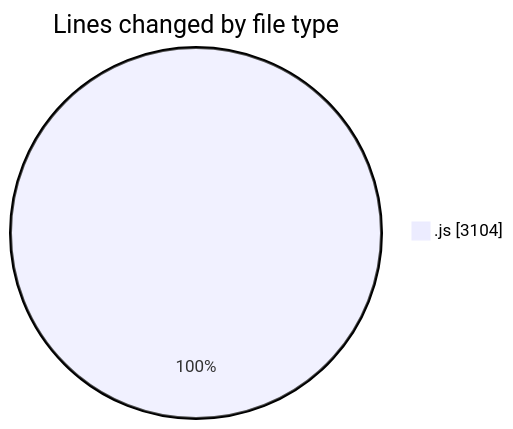
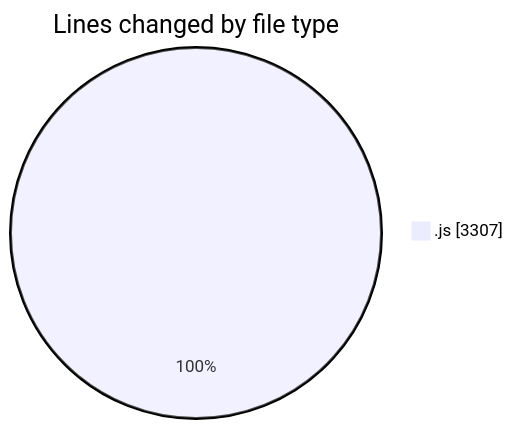
One commit to nxtqubesakshisongat/code-tracking changed the first of 2 diagrams in 2025-10-15/nxtqube_webapp/README.md. Above: the diagram before and after it, drawn with Mermaid. The commit also changed other lines of this file and 1 other file, not shown here.

````diff
--- a/2025-10-15/nxtqube_webapp/README.md
+++ b/2025-10-15/nxtqube_webapp/README.md
@@ -21,5 +21,5 @@
 ```mermaid
 pie showData
 title Lines changed by file type
-".js" : 3104
+".js" : 3307
 ```
````
